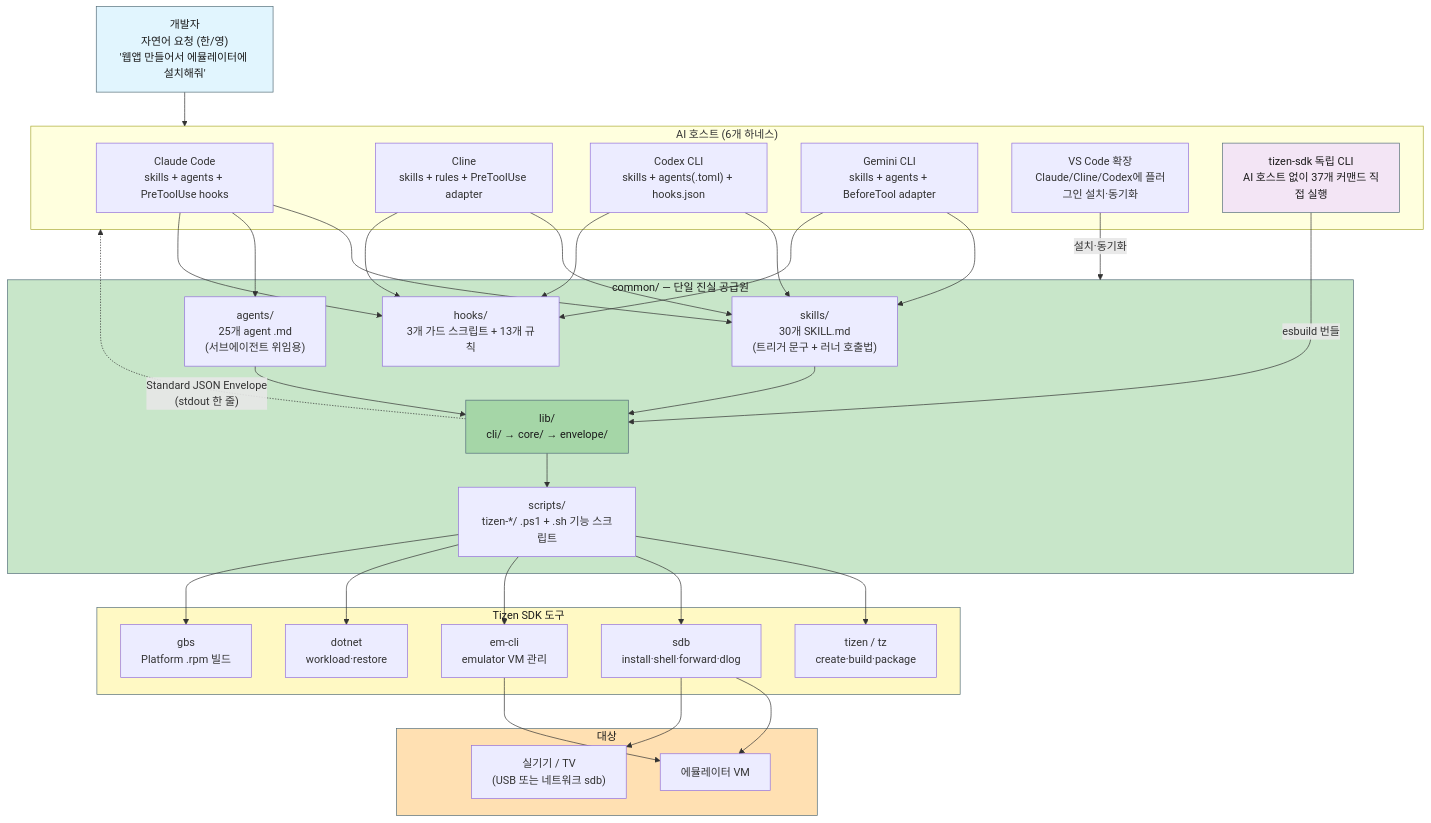
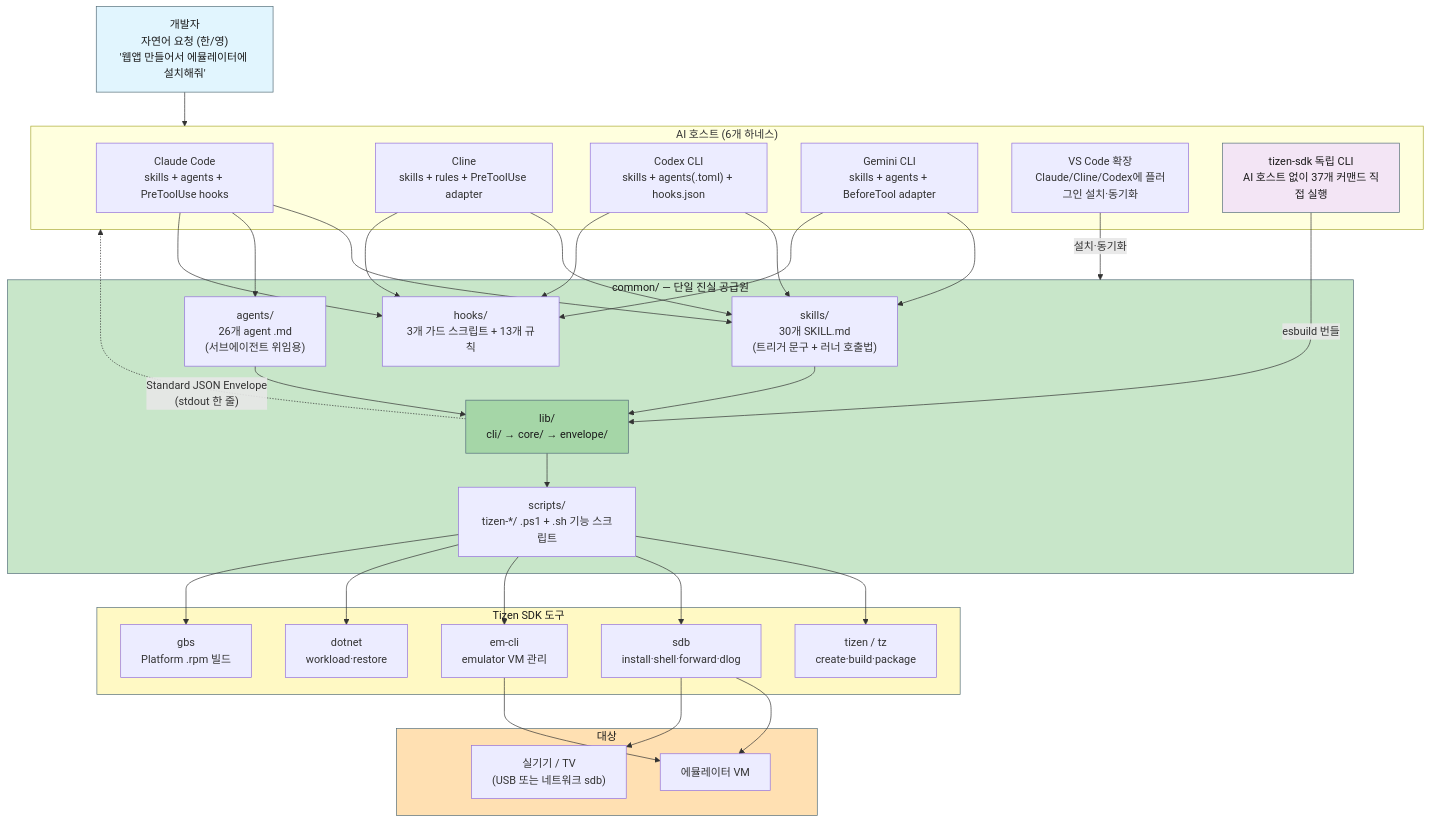
Before and after one commit to Samsung/tizen-agent-skills: the first of 10 diagrams in tizen-sdk-skills/docs/ARCHITECTURE_DIAGRAMS.md, drawn with Mermaid. The commit also changed 17 other files, not shown here.

````diff
--- a/tizen-sdk-skills/docs/ARCHITECTURE_DIAGRAMS.md
+++ b/tizen-sdk-skills/docs/ARCHITECTURE_DIAGRAMS.md
@@ -15,55 +15,55 @@
 ```mermaid
 graph TB
     USER["개발자<br/>자연어 요청 (한/영)<br/>'웹앱 만들어서 에뮬레이터에 설치해줘'"]
 
     subgraph HOSTS["AI 호스트 (6개 하네스)"]
         CLAUDE["Claude Code<br/>skills + agents + PreToolUse hooks"]
         CLINE["Cline<br/>skills + rules + PreToolUse adapter"]
         CODEX["Codex CLI<br/>skills + agents(.toml) + hooks.json"]
         GEMINI["Gemini CLI<br/>skills + agents + BeforeTool adapter"]
         VSCODE["VS Code 확장<br/>Claude/Cline/Codex에 플러그인 설치·동기화"]
         CLI["tizen-sdk 독립 CLI<br/>AI 호스트 없이 37개 커맨드 직접 실행"]
     end
 
     subgraph COMMON["common/ — 단일 진실 공급원"]
         SKILLS["skills/<br/>30개 SKILL.md<br/>(트리거 문구 + 러너 호출법)"]
-        AGENTS["agents/<br/>25개 agent .md<br/>(서브에이전트 위임용)"]
+        AGENTS["agents/<br/>26개 agent .md<br/>(서브에이전트 위임용)"]
         HOOKS["hooks/<br/>3개 가드 스크립트 + 13개 규칙"]
         LIB["lib/<br/>cli/ → core/ → envelope/"]
         SCRIPTS["scripts/<br/>tizen-*/ .ps1 + .sh 기능 스크립트"]
     end
 
     subgraph SDK["Tizen SDK 도구"]
         TZ["tizen / tz<br/>create·build·package"]
         SDB["sdb<br/>install·shell·forward·dlog"]
         EMCLI["em-cli<br/>emulator VM 관리"]
         DOTNET["dotnet<br/>workload·restore"]
         GBS["gbs<br/>Platform .rpm 빌드"]
     end
 
     subgraph TARGET["대상"]
         EMU["에뮬레이터 VM"]
         DEV["실기기 / TV<br/>(USB 또는 네트워크 sdb)"]
     end
 
     USER --> HOSTS
     CLAUDE & CLINE & CODEX & GEMINI --> SKILLS
     CLAUDE --> AGENTS
     CLAUDE & CLINE & CODEX & GEMINI --> HOOKS
     VSCODE -->|"설치·동기화"| COMMON
     SKILLS --> LIB
     AGENTS --> LIB
     CLI -->|"esbuild 번들"| LIB
     LIB --> SCRIPTS
     SCRIPTS --> TZ & SDB & EMCLI & DOTNET & GBS
     SDB --> EMU & DEV
     EMCLI --> EMU
     LIB -.->|"Standard JSON Envelope<br/>(stdout 한 줄)"| HOSTS
 
     style USER fill:#e1f5fe,stroke:#546e7a,color:#1a1a1a
     style COMMON fill:#c8e6c9,stroke:#546e7a,color:#1a1a1a
     style LIB fill:#a5d6a7,stroke:#546e7a,color:#1a1a1a
     style SDK fill:#fff9c4,stroke:#546e7a,color:#1a1a1a
     style TARGET fill:#ffe0b2,stroke:#546e7a,color:#1a1a1a
     style CLI fill:#f3e5f5,stroke:#546e7a,color:#1a1a1a
 ```
````
